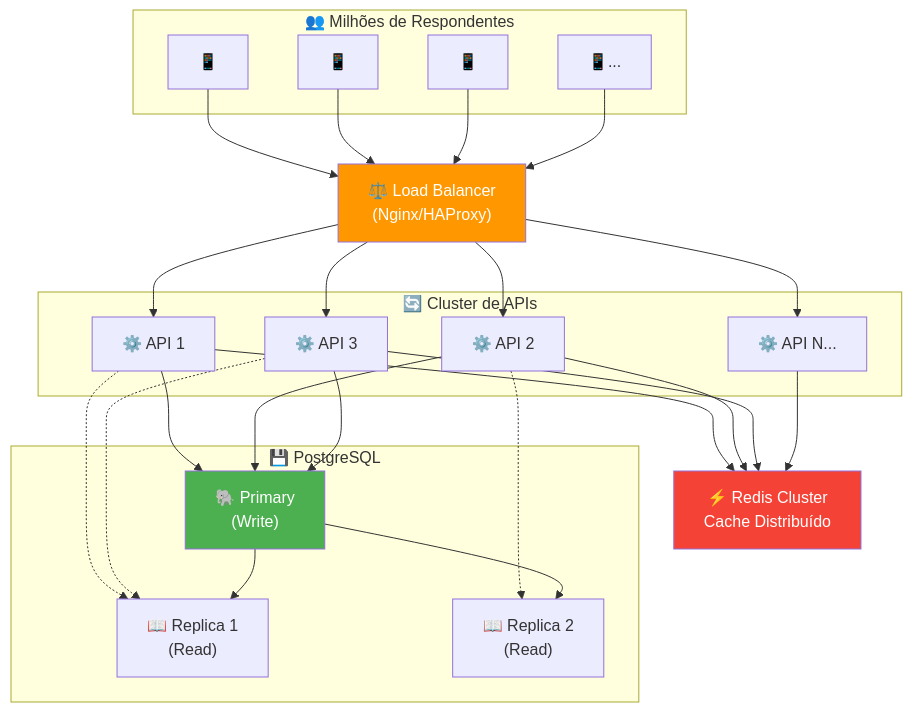
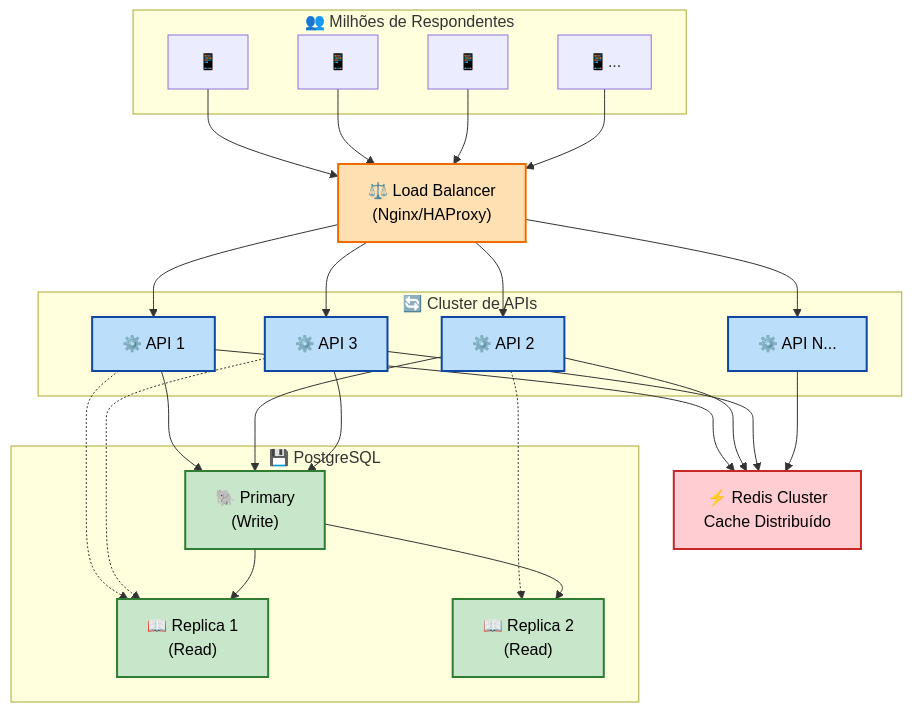
Before and after one commit to gabrigabs/public-polls-app: the second of 10 diagrams in docs/05-escalabilidade.md, drawn with Mermaid. The commit also changed other lines of this file and 6 other files, not shown here.

Commit message:
docs: standardize and improve mermaid diagrams readability

````diff
--- a/docs/05-escalabilidade.md
+++ b/docs/05-escalabilidade.md
@@ -31,56 +32,63 @@
 ```mermaid
 graph TB
     subgraph clients["👥 Milhões de Respondentes"]
         C1["📱"]
         C2["📱"]
         C3["📱"]
         CN["📱..."]
     end
 
     LB["⚖️ Load Balancer<br/>(Nginx/HAProxy)"]
 
     subgraph api_cluster["🔄 Cluster de APIs"]
         API1["⚙️ API 1"]
         API2["⚙️ API 2"]
         API3["⚙️ API 3"]
         APIN["⚙️ API N..."]
     end
 
     REDIS["⚡ Redis Cluster<br/>Cache Distribuído"]
 
     subgraph db_cluster["💾 PostgreSQL"]
         PRIMARY["🐘 Primary<br/>(Write)"]
         REPLICA1["📖 Replica 1<br/>(Read)"]
         REPLICA2["📖 Replica 2<br/>(Read)"]
     end
 
     C1 --> LB
     C2 --> LB
     C3 --> LB
     CN --> LB
 
     LB --> API1
     LB --> API2
     LB --> API3
     LB --> APIN
 
     API1 --> REDIS
     API2 --> REDIS
     API3 --> REDIS
     APIN --> REDIS
 
     API1 --> PRIMARY
     API2 --> PRIMARY
     API3 --> PRIMARY
 
     API1 -.-> REPLICA1
     API2 -.-> REPLICA2
     API3 -.-> REPLICA1
 
     PRIMARY --> REPLICA1
     PRIMARY --> REPLICA2
 
-    style LB fill:#ff9800,color:#fff
-    style REDIS fill:#f44336,color:#fff
-    style PRIMARY fill:#4caf50,color:#fff
+    %% Styling
+    classDef lb fill:#ffe0b2,stroke:#ef6c00,color:#000,stroke-width:2px;
+    classDef api fill:#bbdefb,stroke:#0d47a1,color:#000,stroke-width:2px;
+    classDef redis fill:#ffcdd2,stroke:#c62828,color:#000,stroke-width:2px;
+    classDef db fill:#c8e6c9,stroke:#2e7d32,color:#000,stroke-width:2px;
+
+    class LB lb;
+    class API1,API2,API3,APIN api;
+    class REDIS redis;
+    class PRIMARY,REPLICA1,REPLICA2 db;
 ```
````
